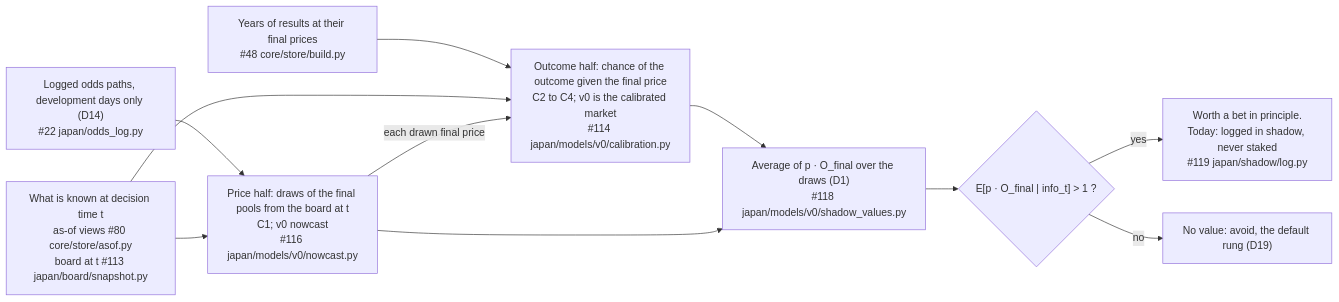
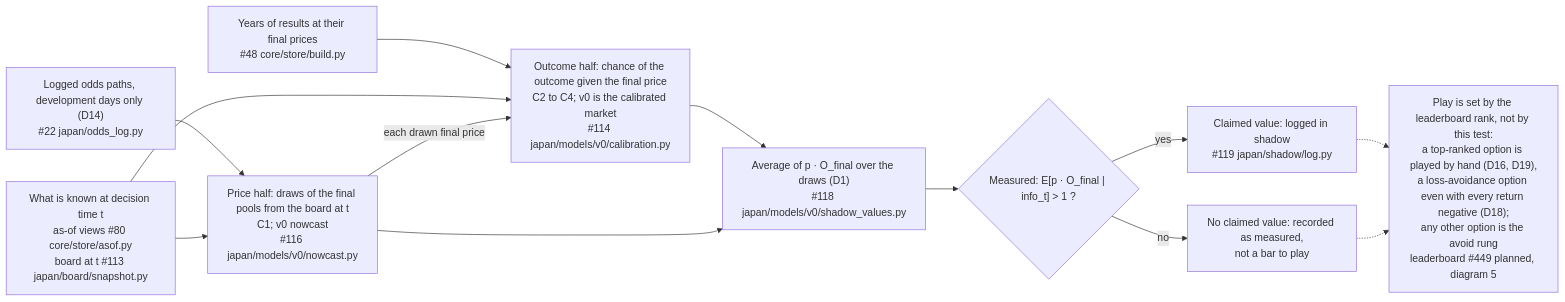
The first of 6 diagrams in docs/modeling.md (rjeskuri/HorseTrackBetting), drawn with Mermaid before and after one commit. The commit also changed other lines of this file and 4 other files, not shown here.

````diff
--- a/docs/modeling.md
+++ b/docs/modeling.md
@@ -32,22 +34,25 @@
 ```mermaid
 flowchart LR
     HIST["Years of results at their final prices<br/>#48 core/store/build.py"]
     LOGS["Logged odds paths, development days only (D14)<br/>#22 japan/odds_log.py"]
     INFO["What is known at decision time t<br/>as-of views #80 core/store/asof.py<br/>board at t #113 japan/board/snapshot.py"]
     PROB["Outcome half: chance of the outcome given the final price<br/>C2 to C4; v0 is the calibrated market<br/>#114 japan/models/v0/calibration.py"]
     PRICE["Price half: draws of the final pools from the board at t<br/>C1; v0 nowcast<br/>#116 japan/models/v0/nowcast.py"]
     MIX["Average of p · O_final over the draws (D1)<br/>#118 japan/models/v0/shadow_values.py"]
-    TEST{"E[p · O_final | info_t] #gt; 1 ?"}
-    YES["Worth a bet in principle.<br/>Today: logged in shadow, never staked<br/>#119 japan/shadow/log.py"]
-    NO["No value: avoid, the default rung (D19)"]
+    TEST{"Measured: E[p · O_final | info_t] #gt; 1 ?"}
+    YES["Claimed value: logged in shadow<br/>#119 japan/shadow/log.py"]
+    NO["No claimed value: recorded as measured,<br/>not a bar to play"]
+    RANK["Play is set by the leaderboard rank, not by this test:<br/>a top-ranked option is played by hand (D16, D19),<br/>a loss-avoidance option even with every return negative (D18);<br/>any other option is the avoid rung<br/>leaderboard #449 planned, diagram 5"]
     HIST --> PROB
     LOGS --> PRICE
     INFO --> PROB
     INFO --> PRICE
     PRICE -->|"each drawn final price"| PROB
     PROB --> MIX
     PRICE --> MIX
     MIX --> TEST
     TEST -->|"yes"| YES
     TEST -->|"no"| NO
+    YES -.-> RANK
+    NO -.-> RANK
 ```
````
